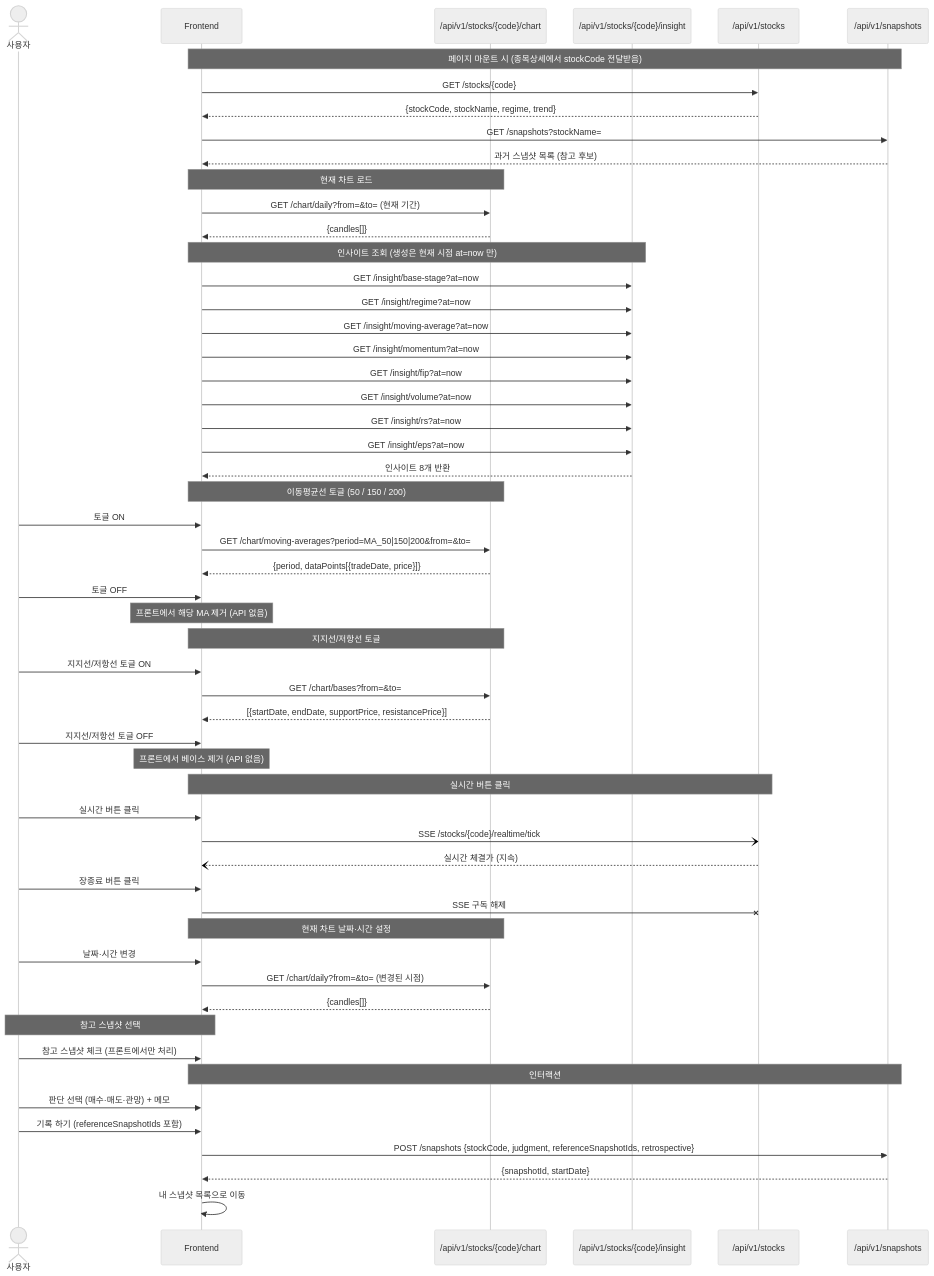
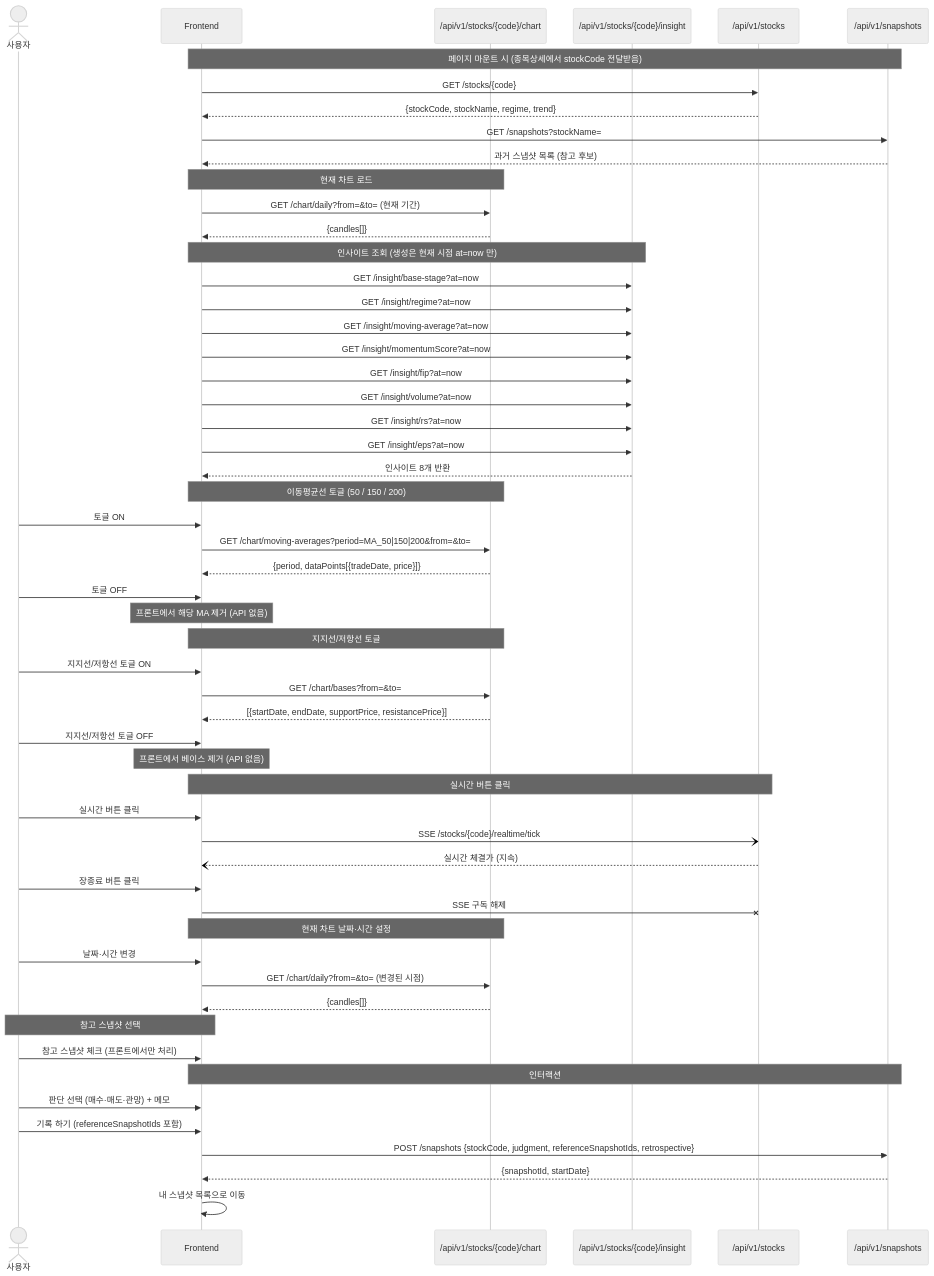
The fifth of 7 diagrams in docs/시퀀스 다이어그램.md (Burning-In/backend), drawn with Mermaid (neutral theme) before and after one commit. The commit also changed other lines of this file and 17 other files, not shown here.

````diff
--- a/docs/시퀀스 다이어그램.md
+++ b/docs/시퀀스 다이어그램.md
@@ -230,66 +230,66 @@
 ```mermaid
 sequenceDiagram
     actor U as 사용자
     participant FE as Frontend
     participant CHART as /api/v1/stocks/{code}/chart
     participant INSIGHT as /api/v1/stocks/{code}/insight
     participant STOCK as /api/v1/stocks
     participant SNAP as /api/v1/snapshots
 
     Note over FE,SNAP: 페이지 마운트 시 (종목상세에서 stockCode 전달받음)
     FE->>STOCK: GET /stocks/{code}
     STOCK-->>FE: {stockCode, stockName, regime, trend}
     FE->>SNAP: GET /snapshots?stockName=
     SNAP-->>FE: 과거 스냅샷 목록 (참고 후보)
 
     Note over FE,CHART: 현재 차트 로드
     FE->>CHART: GET /chart/daily?from=&to= (현재 기간)
     CHART-->>FE: {candles[]}
 
     Note over FE,INSIGHT: 인사이트 조회 (생성은 현재 시점 at=now 만)
     FE->>INSIGHT: GET /insight/base-stage?at=now
     FE->>INSIGHT: GET /insight/regime?at=now
     FE->>INSIGHT: GET /insight/moving-average?at=now
-    FE->>INSIGHT: GET /insight/momentum?at=now
+    FE->>INSIGHT: GET /insight/momentumScore?at=now
     FE->>INSIGHT: GET /insight/fip?at=now
     FE->>INSIGHT: GET /insight/volume?at=now
     FE->>INSIGHT: GET /insight/rs?at=now
     FE->>INSIGHT: GET /insight/eps?at=now
     INSIGHT-->>FE: 인사이트 8개 반환
 
     Note over FE,CHART: 이동평균선 토글 (50 / 150 / 200)
     U->>FE: 토글 ON
     FE->>CHART: GET /chart/moving-averages?period=MA_50|150|200&from=&to=
     CHART-->>FE: {period, dataPoints[{tradeDate, price}]}
     U->>FE: 토글 OFF
     Note over FE: 프론트에서 해당 MA 제거 (API 없음)
 
     Note over FE,CHART: 지지선/저항선 토글
     U->>FE: 지지선/저항선 토글 ON
     FE->>CHART: GET /chart/bases?from=&to=
     CHART-->>FE: [{startDate, endDate, supportPrice, resistancePrice}]
     U->>FE: 지지선/저항선 토글 OFF
     Note over FE: 프론트에서 베이스 제거 (API 없음)
 
     Note over FE,STOCK: 실시간 버튼 클릭
     U->>FE: 실시간 버튼 클릭
     FE-)STOCK: SSE /stocks/{code}/realtime/tick
     STOCK--)FE: 실시간 체결가 (지속)
     U->>FE: 장종료 버튼 클릭
     FE-xSTOCK: SSE 구독 해제
 
     Note over FE,CHART: 현재 차트 날짜·시간 설정
     U->>FE: 날짜·시간 변경
     FE->>CHART: GET /chart/daily?from=&to= (변경된 시점)
     CHART-->>FE: {candles[]}
 
     Note over U,FE: 참고 스냅샷 선택
     U->>FE: 참고 스냅샷 체크 (프론트에서만 처리)
 
     Note over FE,SNAP: 인터랙션
     U->>FE: 판단 선택 (매수·매도·관망) + 메모
     U->>FE: 기록 하기 (referenceSnapshotIds 포함)
     FE->>SNAP: POST /snapshots {stockCode, judgment, referenceSnapshotIds, retrospective}
     SNAP-->>FE: {snapshotId, startDate}
     FE->>FE: 내 스냅샷 목록으로 이동
 ```
````
